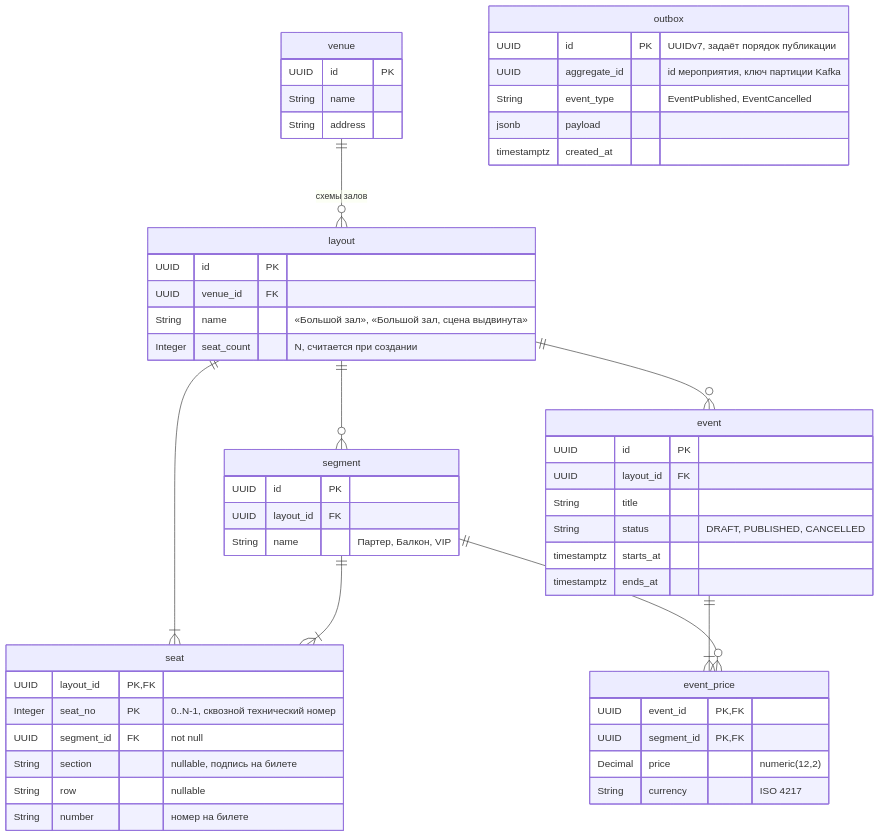
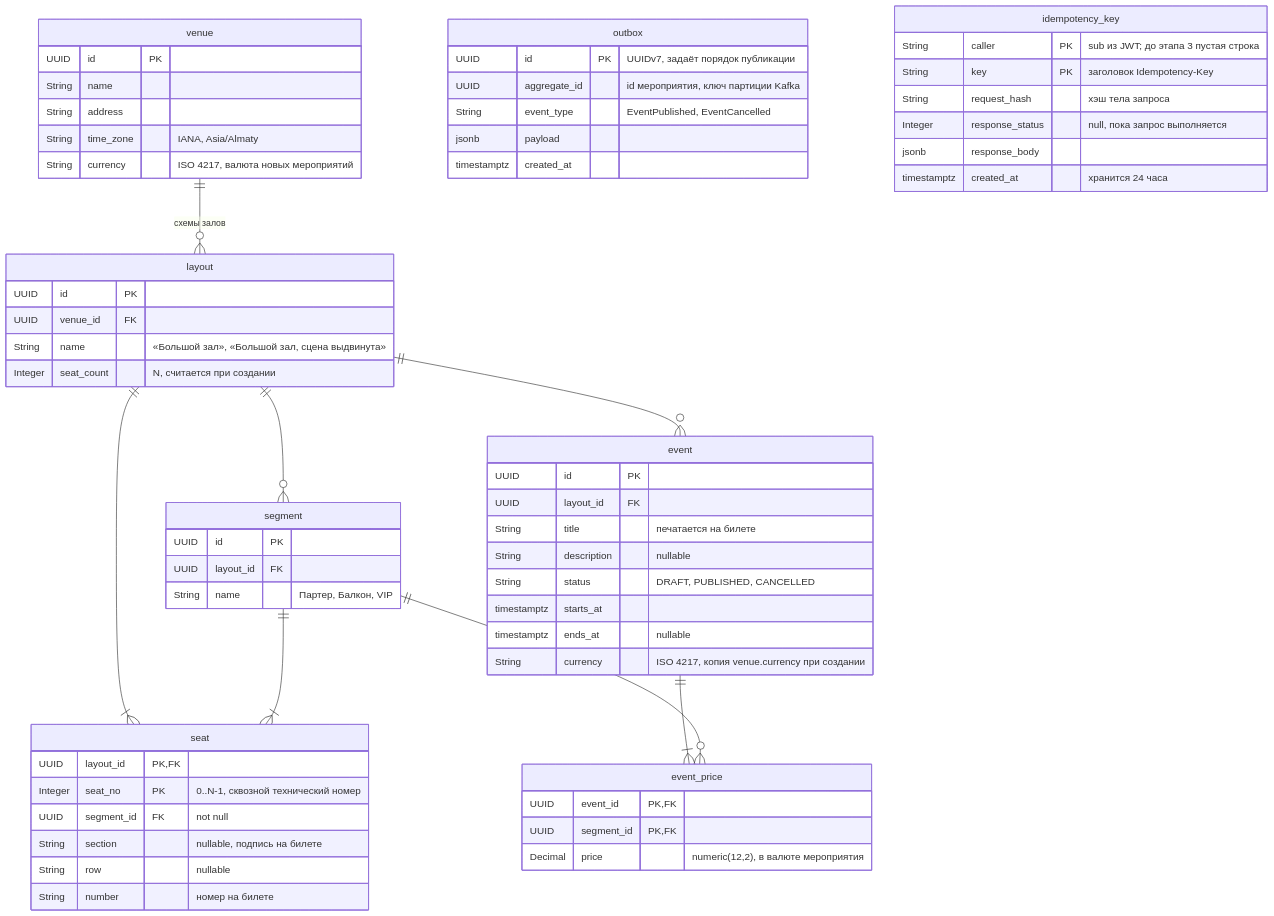
The diagram in docs/catalog/erd.md (hokkaidox/tickethub), drawn with Mermaid before and after one commit. The commit also changed other lines of this file and 7 other files, not shown here.

````diff
--- a/docs/catalog/erd.md
+++ b/docs/catalog/erd.md
@@ -5,56 +5,67 @@
 ```mermaid
 erDiagram
     venue ||--o{ layout : "схемы залов"
     layout ||--o{ segment : ""
     layout ||--|{ seat : ""
     segment ||--|{ seat : ""
     layout ||--o{ event : ""
     event ||--|{ event_price : ""
     segment ||--o{ event_price : ""
 
     venue {
         UUID id PK
         String name
         String address
+        String time_zone "IANA, Asia/Almaty"
+        String currency "ISO 4217, валюта новых мероприятий"
     }
     layout {
         UUID id PK
         UUID venue_id FK
         String name "«Большой зал», «Большой зал, сцена выдвинута»"
         Integer seat_count "N, считается при создании"
     }
     segment {
         UUID id PK
         UUID layout_id FK
         String name "Партер, Балкон, VIP"
     }
     seat {
         UUID layout_id PK, FK
         Integer seat_no PK "0..N-1, сквозной технический номер"
         UUID segment_id FK "not null"
         String section "nullable, подпись на билете"
         String row "nullable"
         String number "номер на билете"
     }
     event {
         UUID id PK
         UUID layout_id FK
-        String title
+        String title "печатается на билете"
+        String description "nullable"
         String status "DRAFT, PUBLISHED, CANCELLED"
         timestamptz starts_at
-        timestamptz ends_at
+        timestamptz ends_at "nullable"
+        String currency "ISO 4217, копия venue.currency при создании"
     }
     event_price {
         UUID event_id PK, FK
         UUID segment_id PK, FK
-        Decimal price "numeric(12,2)"
-        String currency "ISO 4217"
+        Decimal price "numeric(12,2), в валюте мероприятия"
     }
     outbox {
         UUID id PK "UUIDv7, задаёт порядок публикации"
         UUID aggregate_id "id мероприятия, ключ партиции Kafka"
         String event_type "EventPublished, EventCancelled"
         jsonb payload
         timestamptz created_at
     }
+    idempotency_key {
+        String caller PK "sub из JWT; до этапа 3 пустая строка"
+        String key PK "заголовок Idempotency-Key"
+        String request_hash "хэш тела запроса"
+        Integer response_status "null, пока запрос выполняется"
+        jsonb response_body
+        timestamptz created_at "хранится 24 часа"
+    }
 ```
````
